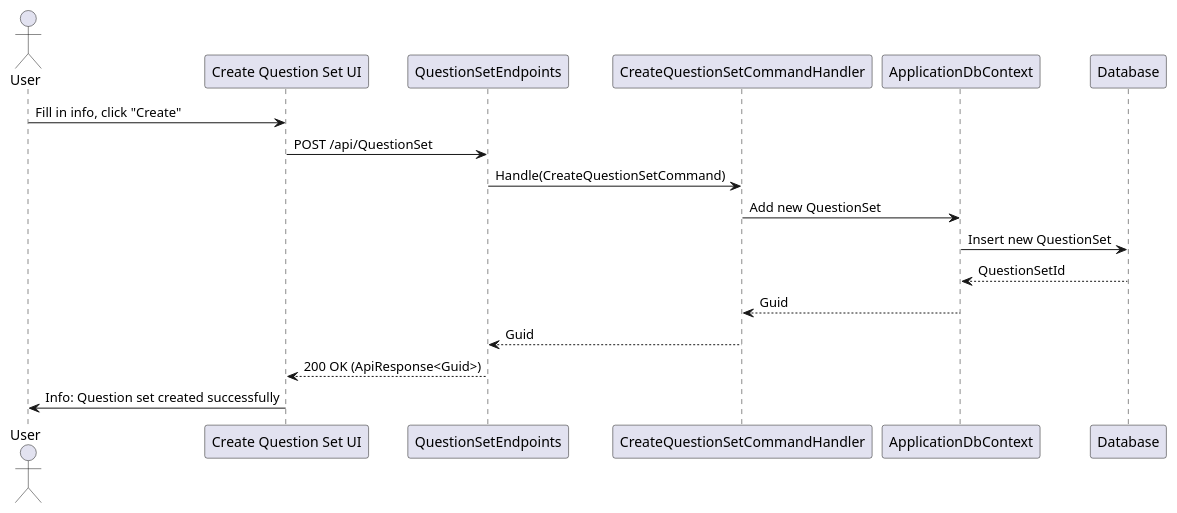
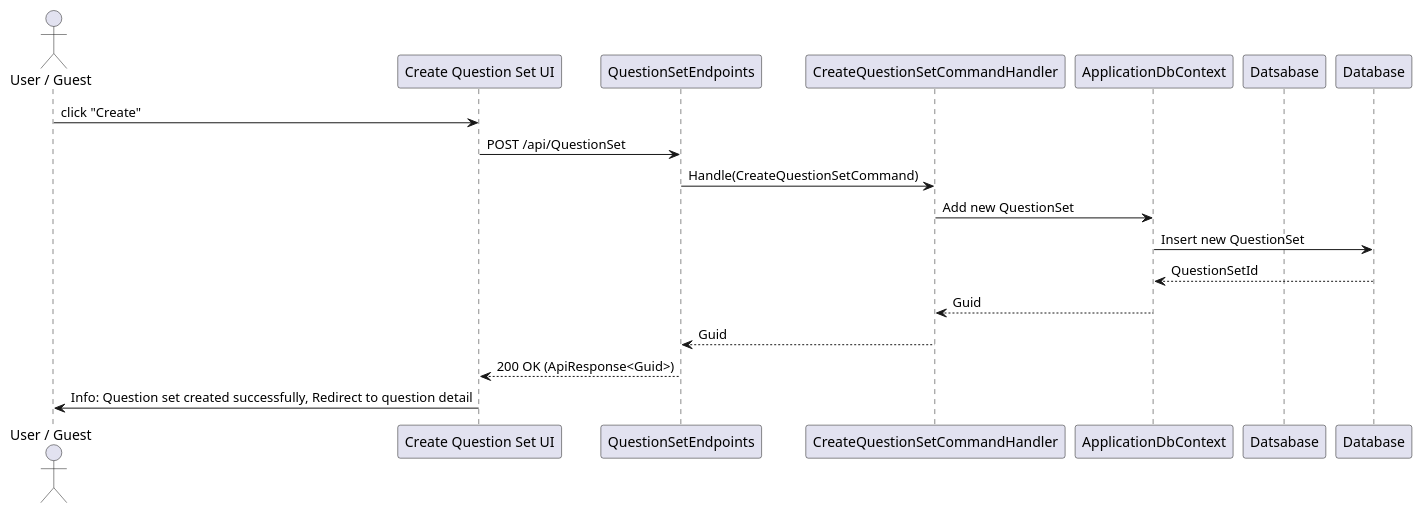
The diagram in document/questionset/Sequence/CreateQuestionSetCommand.puml (thanhkhac/AIQuizzizz-Backend), drawn with PlantUML before and after one commit. The commit also changed 22 other files, not shown here.

First line of the commit message:
Add class and question set sequence diagrams, update PlantUML docs

```diff
--- a/document/questionset/Sequence/CreateQuestionSetCommand.puml
+++ b/document/questionset/Sequence/CreateQuestionSetCommand.puml
@@ -1,20 +1,20 @@
 @startuml
-actor User
+actor "User / Guest" as User
 participant "Create Question Set UI" as UI
 participant QuestionSetEndpoints
 participant CreateQuestionSetCommandHandler as Handler
 participant ApplicationDbContext
-participant Database
+participant Datsabase
 
-User -> UI : Fill in info, click "Create"
+User -> UI : click "Create"
 UI -> QuestionSetEndpoints : POST /api/QuestionSet
 QuestionSetEndpoints -> Handler : Handle(CreateQuestionSetCommand)
 Handler -> ApplicationDbContext : Add new QuestionSet
 ApplicationDbContext -> Database : Insert new QuestionSet
 Database --> ApplicationDbContext : QuestionSetId
 ApplicationDbContext --> Handler : Guid
 Handler --> QuestionSetEndpoints : Guid
 QuestionSetEndpoints --> UI : 200 OK (ApiResponse<Guid>)
-UI -> User : Info: Question set created successfully
+UI -> User : Info: Question set created successfully, Redirect to question detail
 
 @enduml 
```
